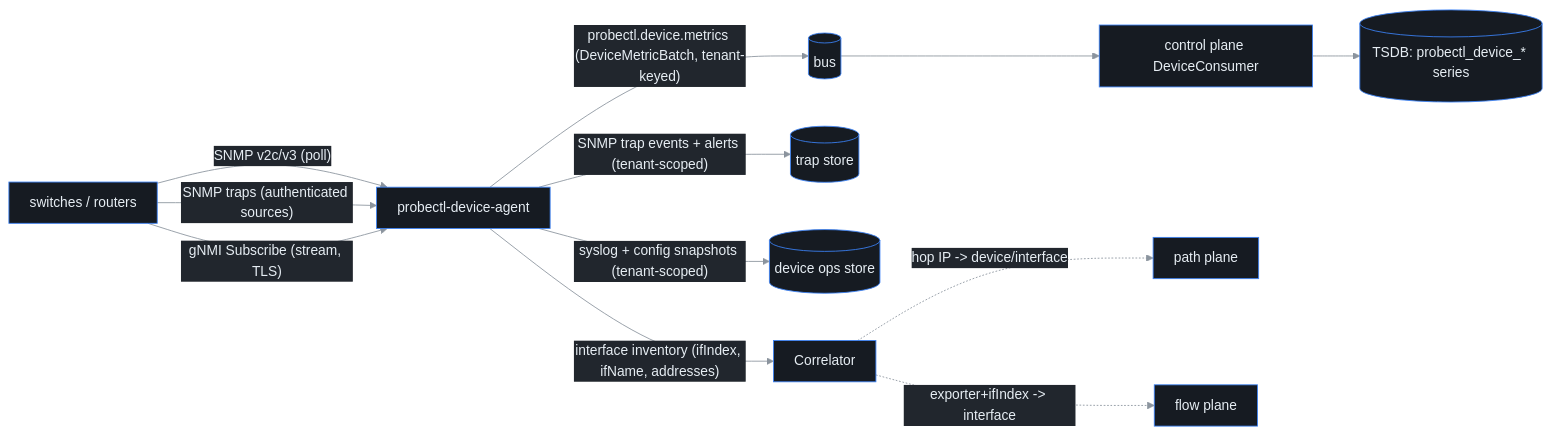
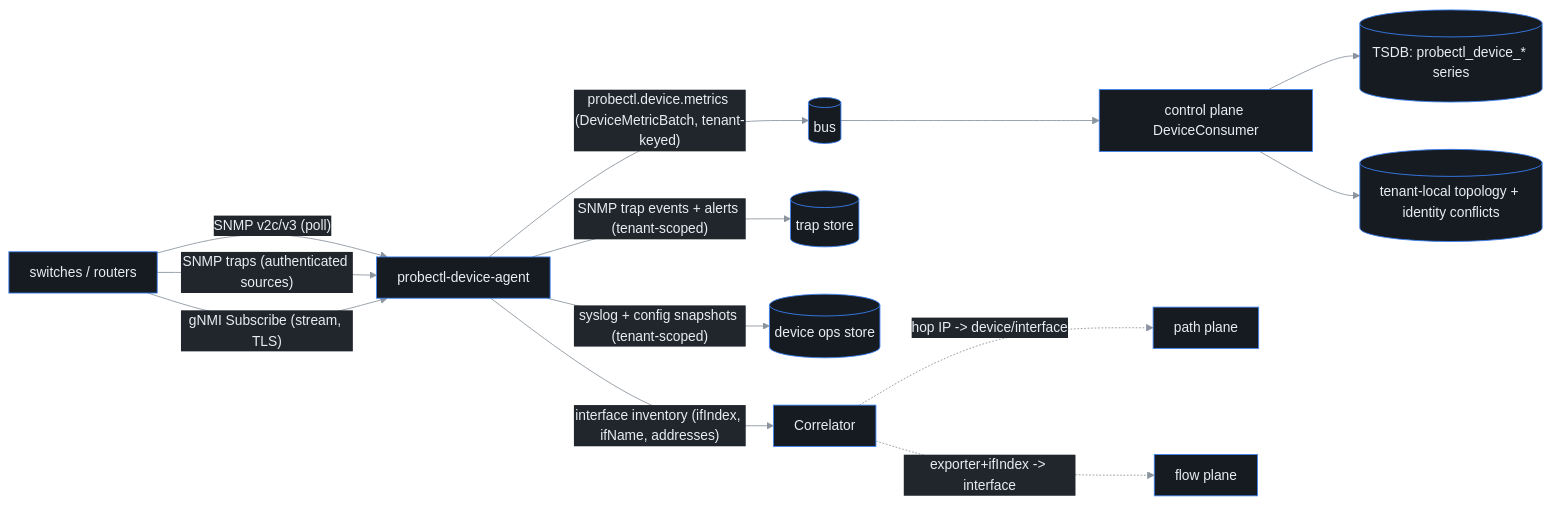
Before and after one commit to ctlplne/probectl: the diagram in docs/device-telemetry.md, drawn with Mermaid. The commit also changed other lines of this file and 38 other files, not shown here.

Commit message:
feat(topology): surface identity conflicts

````diff
--- a/docs/device-telemetry.md
+++ b/docs/device-telemetry.md
@@ -42,15 +42,16 @@
 ```mermaid
 %%{init: {'theme':'base','themeVariables':{'background':'#0d1117','primaryColor':'#161b22','primaryTextColor':'#e6edf3','primaryBorderColor':'#3b82f6','lineColor':'#8b949e','secondaryColor':'#21262d','tertiaryColor':'#0d1117','clusterBkg':'#161b22','clusterBorder':'#30363d','fontFamily':'ui-monospace, SFMono-Regular, Menlo, monospace'},'flowchart':{'curve':'basis','nodeSpacing':55,'rankSpacing':55,'padding':12}}}%%
 flowchart LR
   D[switches / routers] -- "SNMP v2c/v3 (poll)" --> A[probectl-device-agent]
   D -- "SNMP traps (authenticated sources)" --> A
   D -- "gNMI Subscribe (stream, TLS)" --> A
   A -- "probectl.device.metrics (DeviceMetricBatch, tenant-keyed)" --> B[(bus)]
   A -- "SNMP trap events + alerts (tenant-scoped)" --> E[(trap store)]
   A -- "syslog + config snapshots (tenant-scoped)" --> O[(device ops store)]
   B --> P[control plane DeviceConsumer]
   P --> T[(TSDB: probectl_device_* series)]
+  P --> I[(tenant-local topology + identity conflicts)]
   A -- "interface inventory (ifIndex, ifName, addresses)" --> C[Correlator]
   C -. "hop IP -> device/interface" .-> PathPlane[path plane]
   C -. "exporter+ifIndex -> interface" .-> FlowPlane[flow plane]
 ```
````
